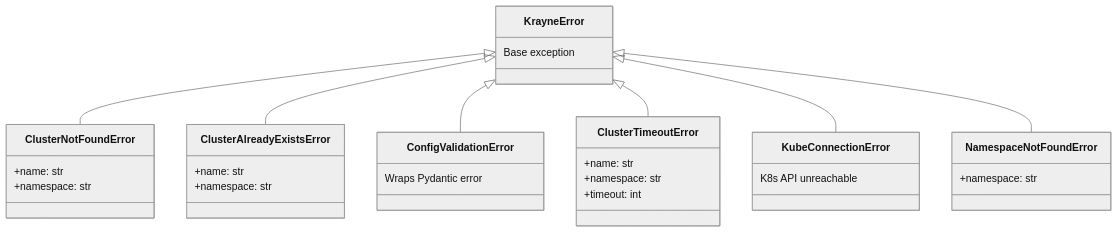
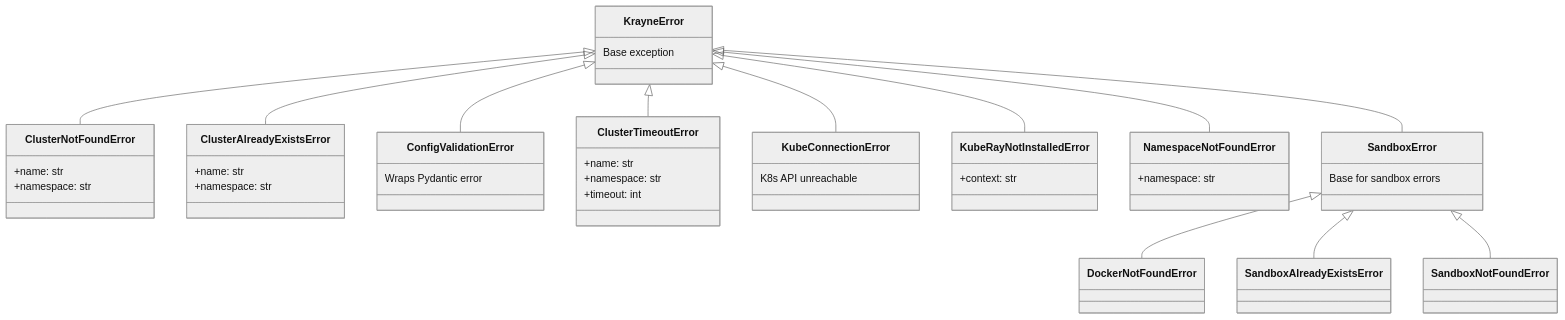
Before and after one commit to roulbac/krayne: the first of 2 diagrams in docs/guide/error-handling.md, drawn with Mermaid (neutral theme). The commit also changed other lines of this file and 14 other files, not shown here.

````diff
--- a/docs/guide/error-handling.md
+++ b/docs/guide/error-handling.md
@@ -35,35 +35,49 @@
 ```mermaid
 classDiagram
   class KrayneError {
     Base exception
   }
   class ClusterNotFoundError {
     +name: str
     +namespace: str
   }
   class ClusterAlreadyExistsError {
     +name: str
     +namespace: str
   }
   class ConfigValidationError {
     Wraps Pydantic error
   }
   class ClusterTimeoutError {
     +name: str
     +namespace: str
     +timeout: int
   }
   class KubeConnectionError {
     K8s API unreachable
   }
+  class KubeRayNotInstalledError {
+    +context: str
+  }
   class NamespaceNotFoundError {
     +namespace: str
   }
+  class SandboxError {
+    Base for sandbox errors
+  }
+  class DockerNotFoundError
+  class SandboxAlreadyExistsError
+  class SandboxNotFoundError
 
   KrayneError <|-- ClusterNotFoundError
   KrayneError <|-- ClusterAlreadyExistsError
   KrayneError <|-- ConfigValidationError
   KrayneError <|-- ClusterTimeoutError
   KrayneError <|-- KubeConnectionError
+  KrayneError <|-- KubeRayNotInstalledError
   KrayneError <|-- NamespaceNotFoundError
+  KrayneError <|-- SandboxError
+  SandboxError <|-- DockerNotFoundError
+  SandboxError <|-- SandboxAlreadyExistsError
+  SandboxError <|-- SandboxNotFoundError
 ```
````
